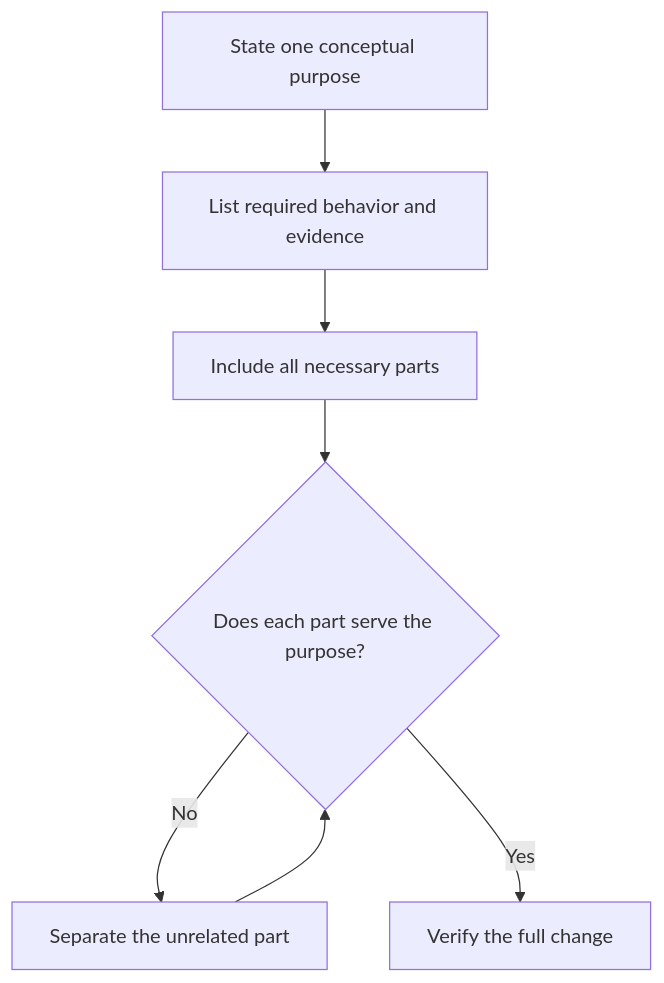
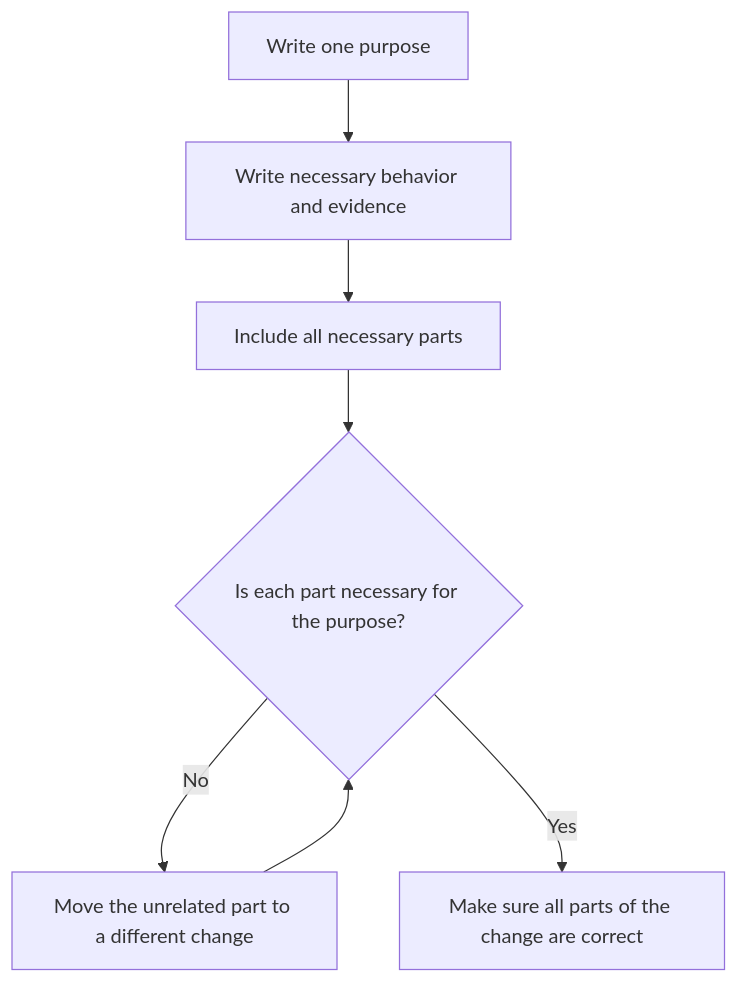
The diagram in docs/principles/details/p011-minimal-coherent-change.md (HomericIntelligence/Athena), drawn with Mermaid before and after one commit. The commit also changed other lines of this file and 91 other files, not shown here.

````diff
--- a/docs/principles/details/p011-minimal-coherent-change.md
+++ b/docs/principles/details/p011-minimal-coherent-change.md
@@ -32,9 +34,9 @@
 ```mermaid
 flowchart TD
-    A["State one conceptual purpose"] --> B["List required behavior and evidence"]
+    A["Write one purpose"] --> B["Write necessary behavior and evidence"]
     B --> C["Include all necessary parts"]
-    C --> D{"Does each part serve the purpose?"}
-    D -->|No| E["Separate the unrelated part"]
+    C --> D{"Is each part necessary for the purpose?"}
+    D -->|No| E["Move the unrelated part to a different change"]
     E --> D
-    D -->|Yes| F["Verify the full change"]
+    D -->|Yes| F["Make sure all parts of the change are correct"]
 ```
````
